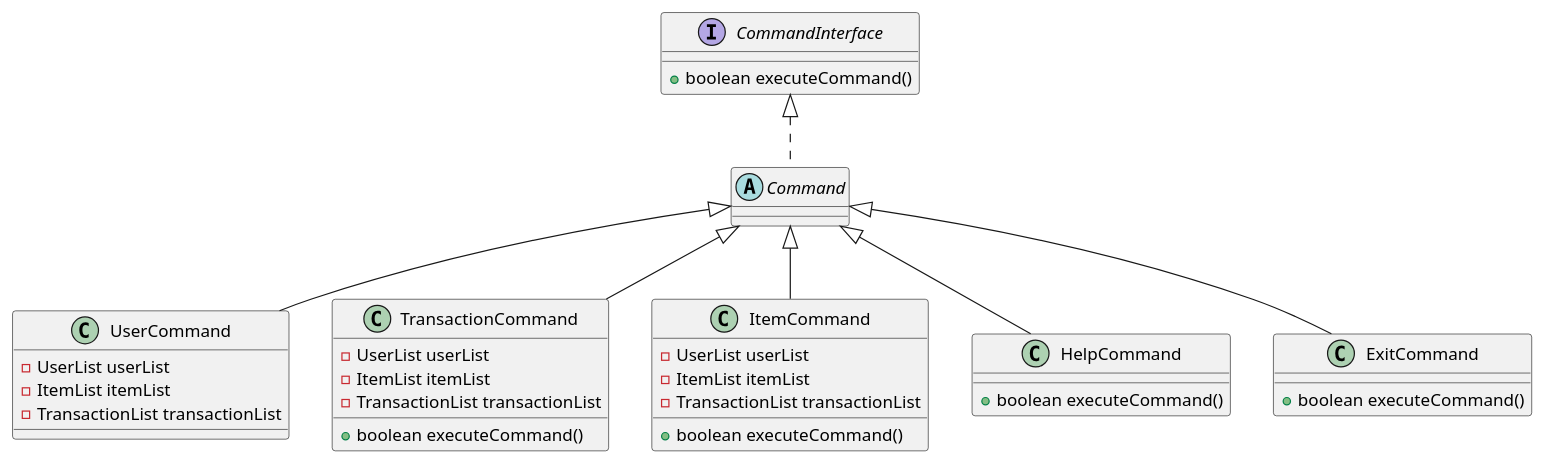
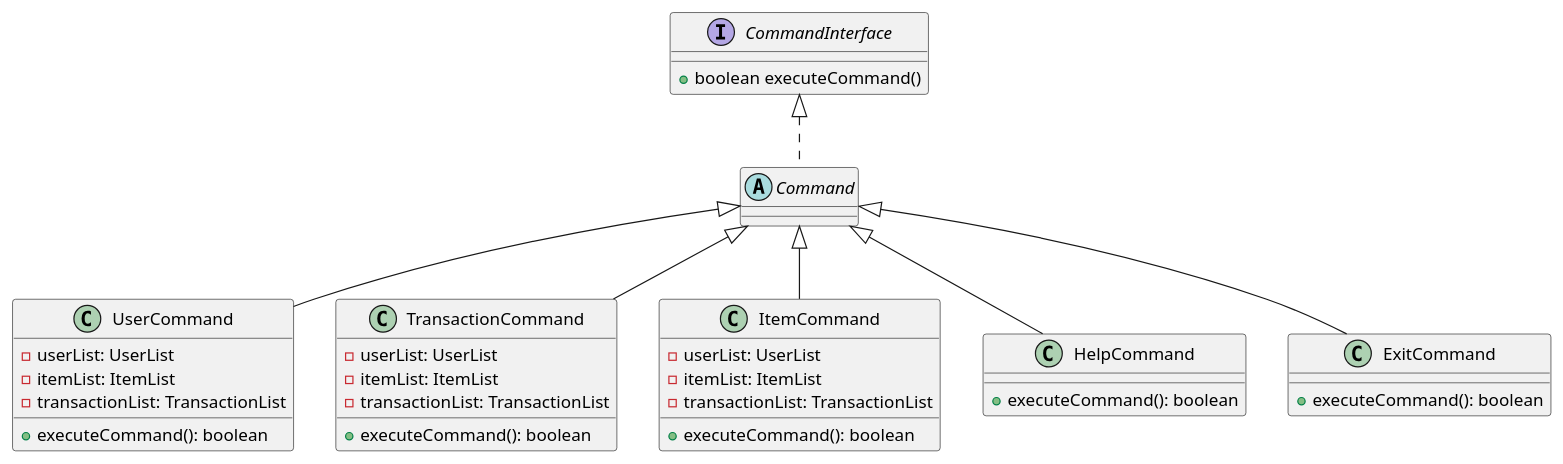
Before and after one commit to nus-cs2113-AY2223S1/tp: the diagram in docs/diagrams/command/CommandDesign.puml, drawn with PlantUML. The commit also changed 1 other file, not shown here.

Commit message:
Update Image and UML

```diff
--- a/docs/diagrams/command/CommandDesign.puml
+++ b/docs/diagrams/command/CommandDesign.puml
@@ -1,38 +1,38 @@
 @startuml
 interface CommandInterface {
  +boolean executeCommand()
 }
 abstract class "Command"
 class UserCommand {
- - UserList userList
- - ItemList itemList
- - TransactionList transactionList
-' + boolean executeCommand()
+ - userList: UserList
+ - itemList: ItemList
+ - transactionList: TransactionList
+ + executeCommand(): boolean
 }
 class TransactionCommand {
- - UserList userList
- - ItemList itemList
- - TransactionList transactionList
- + boolean executeCommand()
+ - userList: UserList
+ - itemList: ItemList
+ - transactionList: TransactionList
+ + executeCommand(): boolean
 }
 class ItemCommand {
- - UserList userList
- - ItemList itemList
- - TransactionList transactionList
- + boolean executeCommand()
+ - userList: UserList
+ - itemList: ItemList
+ - transactionList: TransactionList
+ + executeCommand(): boolean
 }
 class HelpCommand {
- + boolean executeCommand()
+ + executeCommand(): boolean
 }
 class ExitCommand {
- + boolean executeCommand()
+ + executeCommand(): boolean
 }
 
 CommandInterface <|.. Command
 Command <|-- UserCommand
 Command <|-- TransactionCommand
 Command <|-- ItemCommand
 Command <|-- HelpCommand
 Command <|-- ExitCommand
 
 @enduml
```
